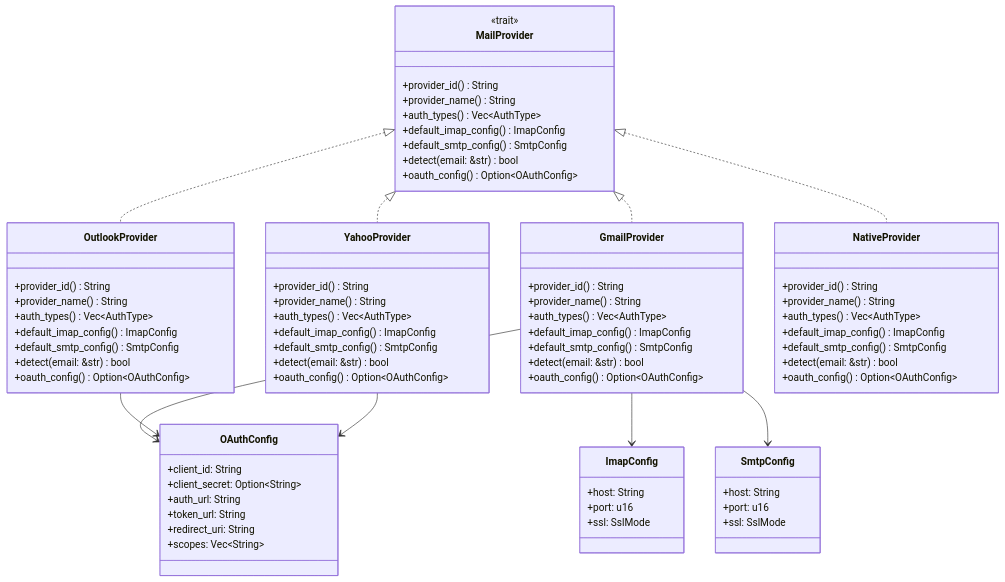
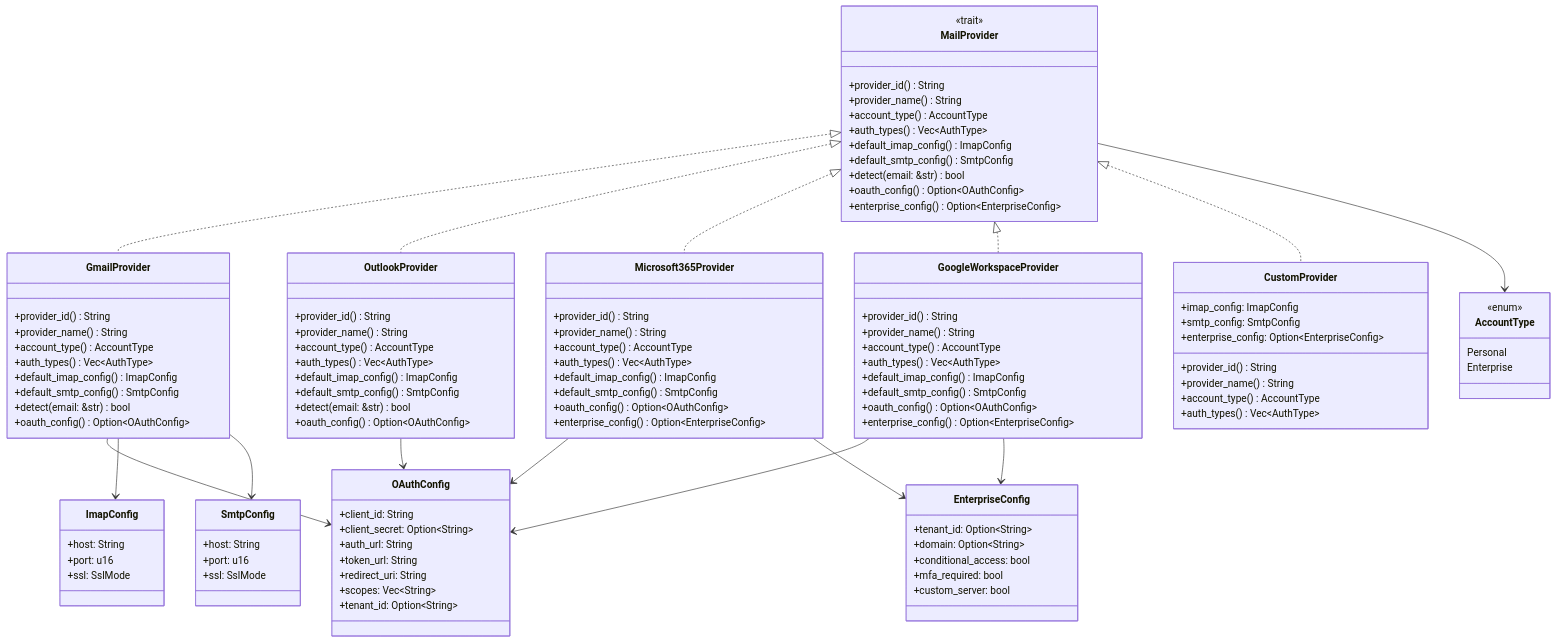
The second of 29 diagrams in docs/mail-flow-engine-design.md (spartajet/postium-mail), drawn with Mermaid before and after one commit. The commit also changed other lines of this file and 1 other file, not shown here.

First line of the commit message:
Add enterprise email support to mail flow engine design

````diff
--- a/docs/mail-flow-engine-design.md
+++ b/docs/mail-flow-engine-design.md
@@ -151,16 +188,25 @@
         <<trait>>
         +provider_id() String
         +provider_name() String
+        +account_type() AccountType
         +auth_types() Vec~AuthType~
         +default_imap_config() ImapConfig
         +default_smtp_config() SmtpConfig
         +detect(email: &str) bool
         +oauth_config() Option~OAuthConfig~
+        +enterprise_config() Option~EnterpriseConfig~
+    }
+
+    class AccountType {
+        <<enum>>
+        Personal
+        Enterprise
     }
 
     class GmailProvider {
         +provider_id() String
         +provider_name() String
+        +account_type() AccountType
         +auth_types() Vec~AuthType~
         +default_imap_config() ImapConfig
         +default_smtp_config() SmtpConfig
@@ -171,6 +217,7 @@
     class OutlookProvider {
         +provider_id() String
         +provider_name() String
+        +account_type() AccountType
         +auth_types() Vec~AuthType~
         +default_imap_config() ImapConfig
         +default_smtp_config() SmtpConfig
@@ -178,24 +225,36 @@
         +oauth_config() Option~OAuthConfig~
     }
 
-    class YahooProvider {
+    class Microsoft365Provider {
         +provider_id() String
         +provider_name() String
+        +account_type() AccountType
         +auth_types() Vec~AuthType~
         +default_imap_config() ImapConfig
         +default_smtp_config() SmtpConfig
-        +detect(email: &str) bool
         +oauth_config() Option~OAuthConfig~
+        +enterprise_config() Option~EnterpriseConfig~
     }
 
-    class NativeProvider {
+    class GoogleWorkspaceProvider {
         +provider_id() String
         +provider_name() String
+        +account_type() AccountType
         +auth_types() Vec~AuthType~
         +default_imap_config() ImapConfig
         +default_smtp_config() SmtpConfig
-        +detect(email: &str) bool
         +oauth_config() Option~OAuthConfig~
+        +enterprise_config() Option~EnterpriseConfig~
+    }
+
+    class CustomProvider {
+        +provider_id() String
+        +provider_name() String
+        +account_type() AccountType
+        +auth_types() Vec~AuthType~
+        +imap_config: ImapConfig
+        +smtp_config: SmtpConfig
+        +enterprise_config: Option~EnterpriseConfig~
     }
 
     class ImapConfig {
@@ -217,16 +276,30 @@
         +token_url: String
         +redirect_uri: String
         +scopes: Vec~String~
+        +tenant_id: Option~String~
+    }
+
+    class EnterpriseConfig {
+        +tenant_id: Option~String~
+        +domain: Option~String~
+        +conditional_access: bool
+        +mfa_required: bool
+        +custom_server: bool
     }
 
     MailProvider <|.. GmailProvider
     MailProvider <|.. OutlookProvider
-    MailProvider <|.. YahooProvider
-    MailProvider <|.. NativeProvider
+    MailProvider <|.. Microsoft365Provider
+    MailProvider <|.. GoogleWorkspaceProvider
+    MailProvider <|.. CustomProvider
     
     GmailProvider --> OAuthConfig
     OutlookProvider --> OAuthConfig
-    YahooProvider --> OAuthConfig
+    Microsoft365Provider --> OAuthConfig
+    Microsoft365Provider --> EnterpriseConfig
+    GoogleWorkspaceProvider --> OAuthConfig
+    GoogleWorkspaceProvider --> EnterpriseConfig
     GmailProvider --> ImapConfig
     GmailProvider --> SmtpConfig
+    MailProvider --> AccountType
 ```
````
